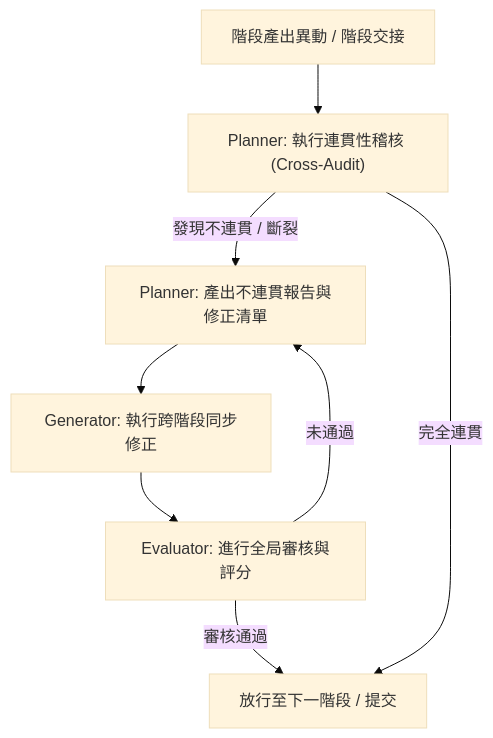
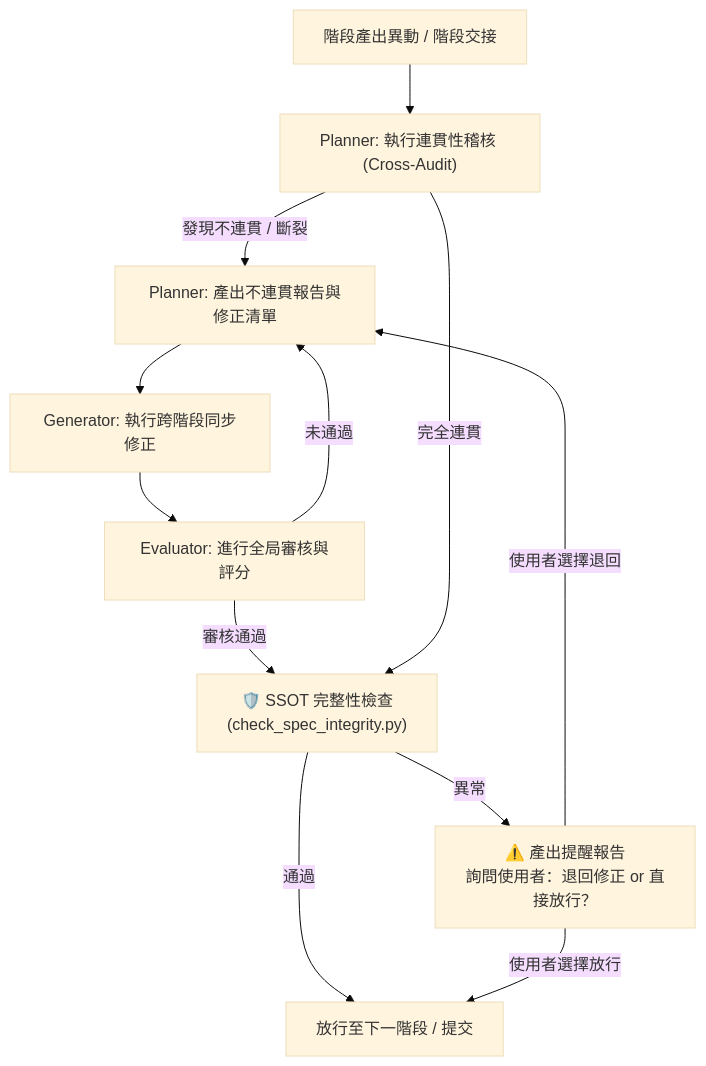
Before and after one commit to JengFeng/SSDLC-Skill: the diagram in .agents/AGENTS.md, drawn with Mermaid (base theme). The commit also changed other lines of this file and 66 other files, not shown here.

First line of the commit message:
v1.1.0: SSOT 完整性監控 + @CheckSpec 四規格指令 + 階段性免責聲明 + 模板同步規則

````diff
--- a/.agents/AGENTS.md
+++ b/.agents/AGENTS.md
@@ -13,10 +13,14 @@
 ```mermaid
 graph TD
     A["階段產出異動 / 階段交接"] --> B["Planner: 執行連貫性稽核 (Cross-Audit)"]
     B -->|發現不連貫 / 斷裂| C["Planner: 產出不連貫報告與修正清單"]
     C --> D["Generator: 執行跨階段同步修正"]
     D --> E["Evaluator: 進行全局審核與評分"]
-    E -->|審核通過| F["放行至下一階段 / 提交"]
+    E -->|審核通過| G["🛡️ SSOT 完整性檢查<br/>(check_spec_integrity.py)"]
+    G -->|通過| F["放行至下一階段 / 提交"]
+    G -->|異常| H["⚠️ 產出提醒報告<br/>詢問使用者：退回修正 or 直接放行？"]
+    H -->|使用者選擇退回| C
+    H -->|使用者選擇放行| F
     E -->|未通過| C
-    B -->|完全連貫| F
+    B -->|完全連貫| G
 ```
````
